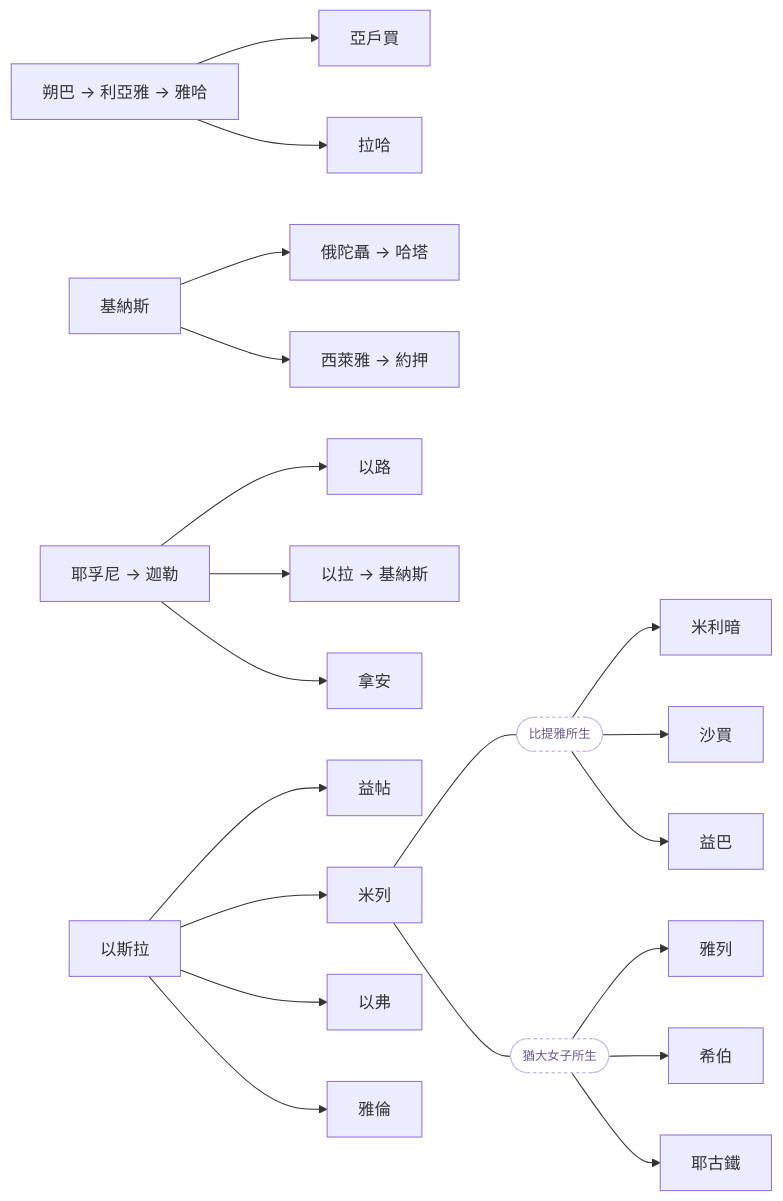
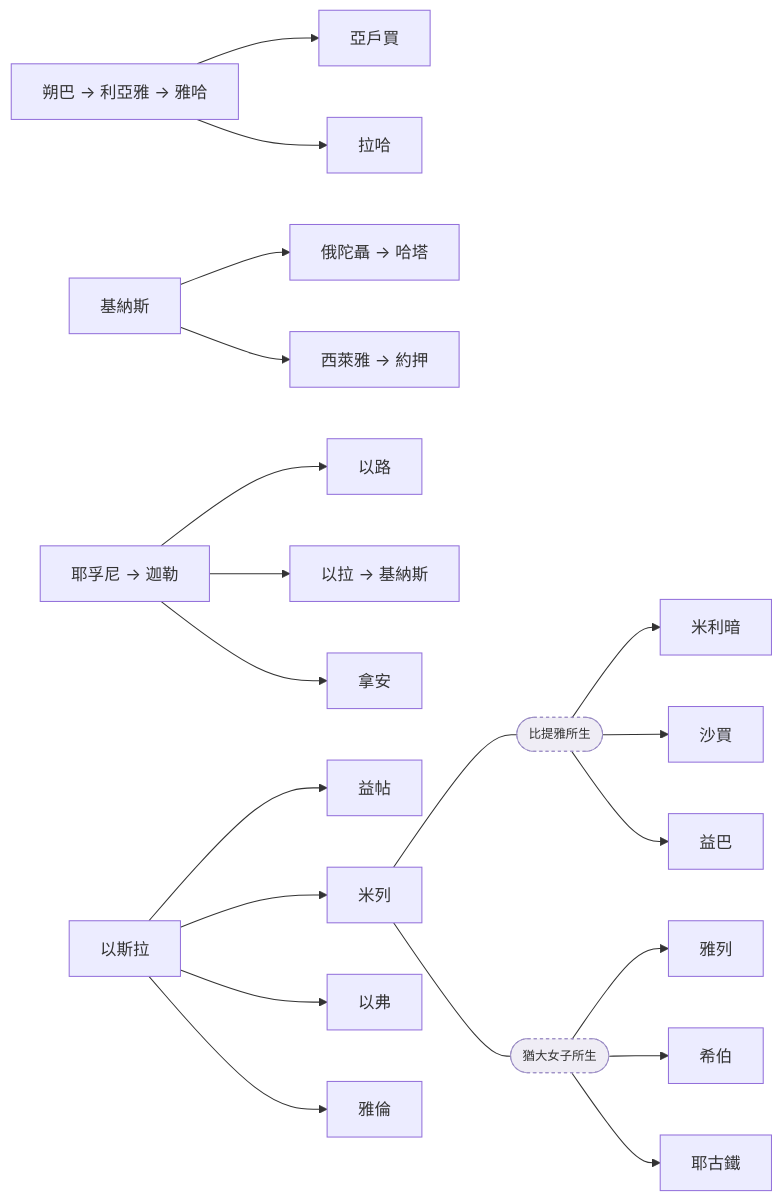
Before and after one commit to andyjr5566/Bible_wiki_zh: diagram 16 of 33 in appendix/歷代志上的完整人物支線圖.md, drawn with Mermaid. The commit also changed other lines of this file and 3 other files, not shown here.

First line of the commit message:
歷代志上 1–9 章族譜附錄：暗色模式圖表改半透明底色，移除已追蹤的 pyc

````diff
--- a/appendix/歷代志上的完整人物支線圖.md
+++ b/appendix/歷代志上的完整人物支線圖.md
@@ -1508,49 +1508,49 @@
 ```mermaid
 flowchart LR
   n1["朔巴 → 利亞雅 → 雅哈"]
   n2["亞戶買"]
   n1 --> n2
   n3["拉哈"]
   n1 --> n3
   n4["基納斯"]
   n5["俄陀聶 → 哈塔"]
   n4 --> n5
   n6["西萊雅 → 約押"]
   n4 --> n6
   n7["耶孚尼 → 迦勒"]
   n8["以路"]
   n7 --> n8
   n9["以拉 → 基納斯"]
   n7 --> n9
   n10["拿安"]
   n7 --> n10
   n11["以斯拉"]
   n12["益帖"]
   n11 --> n12
   n13["米列"]
   n11 --> n13
   n14(["比提雅所生"])
   n13 --- n14
   n15["米利暗"]
   n14 --> n15
   n16["沙買"]
   n14 --> n16
   n17["益巴"]
   n14 --> n17
   n18(["猶大女子所生"])
   n13 --- n18
   n19["雅列"]
   n18 --> n19
   n20["希伯"]
   n18 --> n20
   n21["耶古鐵"]
   n18 --> n21
   n22["以弗"]
   n11 --> n22
   n23["雅倫"]
   n11 --> n23
-  classDef main fill:#f6e7b4,stroke:#b8860b,color:#3d2f00,font-weight:bold
-  classDef anchor fill:#e8eef6,stroke:#7a8ca5,color:#2b3a4f
-  classDef mom fill:#fff,stroke:#c9b8e8,stroke-dasharray:3 3,color:#6b5b8a,font-size:12px
+  classDef main fill:#d4a82e44,stroke:#c9971c,stroke-width:2px,font-weight:bold
+  classDef anchor fill:#7a8ca533,stroke:#7a8ca5
+  classDef mom fill:#8a7bb022,stroke:#9a8cc4,stroke-dasharray:3 3,font-size:12px
   class n14,n18 mom
 ```
````
